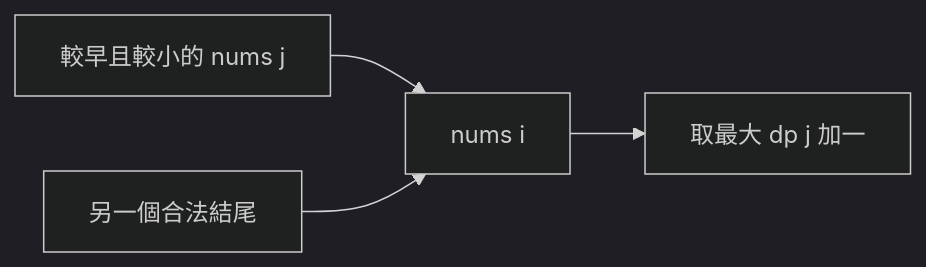
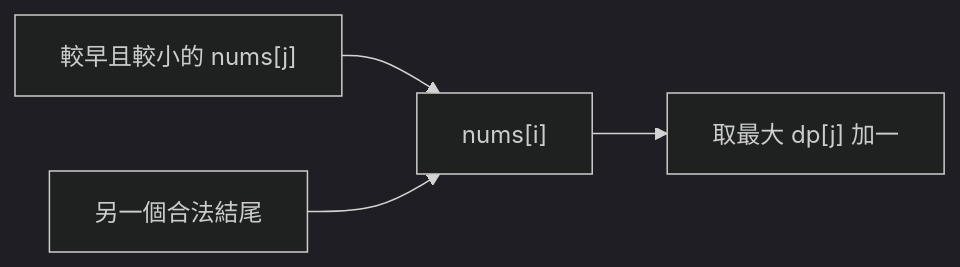
One commit to davidchen0970/algorithm_note changed the third of 11 diagrams in 09_dynamic_programming/41_subsequence_dp.md. Above: the diagram before and after it, drawn with Mermaid (dark theme). The commit also changed other lines of this file and 4 other files, not shown here.

````diff
--- a/09_dynamic_programming/41_subsequence_dp.md
+++ b/09_dynamic_programming/41_subsequence_dp.md
@@ -60,6 +137,6 @@
 ```mermaid
 flowchart LR
-    J1[較早且較小的 nums j] --> I[nums i]
-    J2[另一個合法結尾] --> I
-    I --> D[取最大 dp j 加一]
+    J1["較早且較小的 nums[j]"] --> I["nums[i]"]
+    J2["另一個合法結尾"] --> I
+    I --> D["取最大 dp[j] 加一"]
 ```
````
